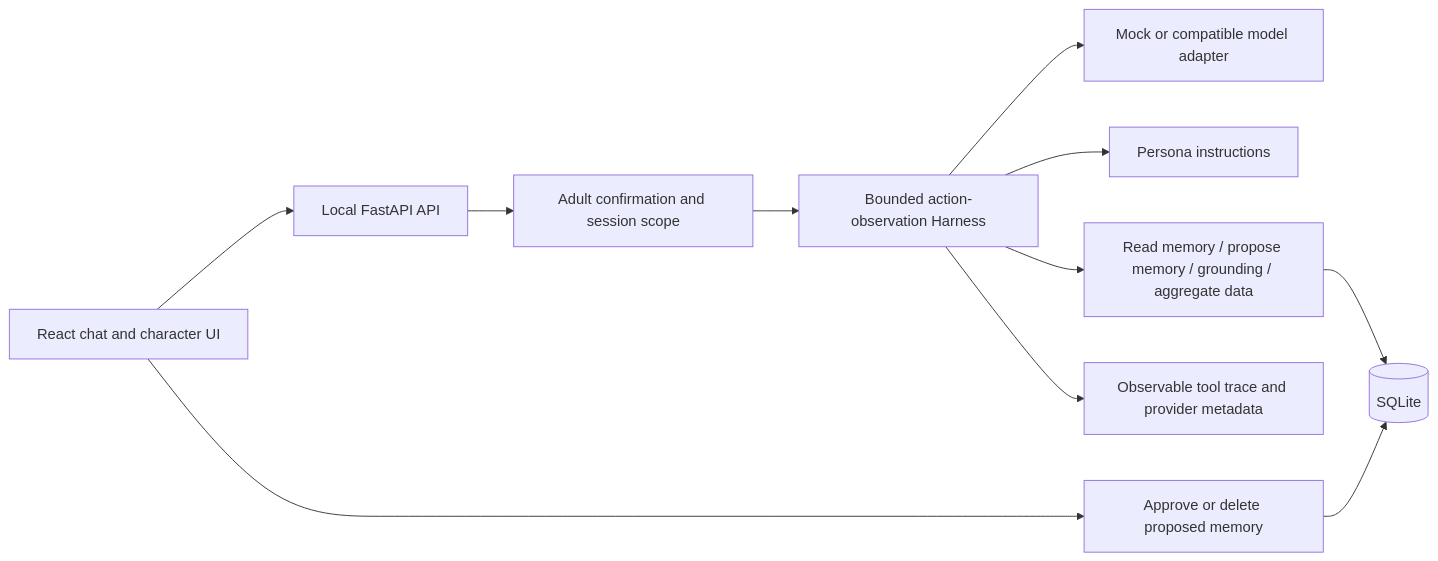
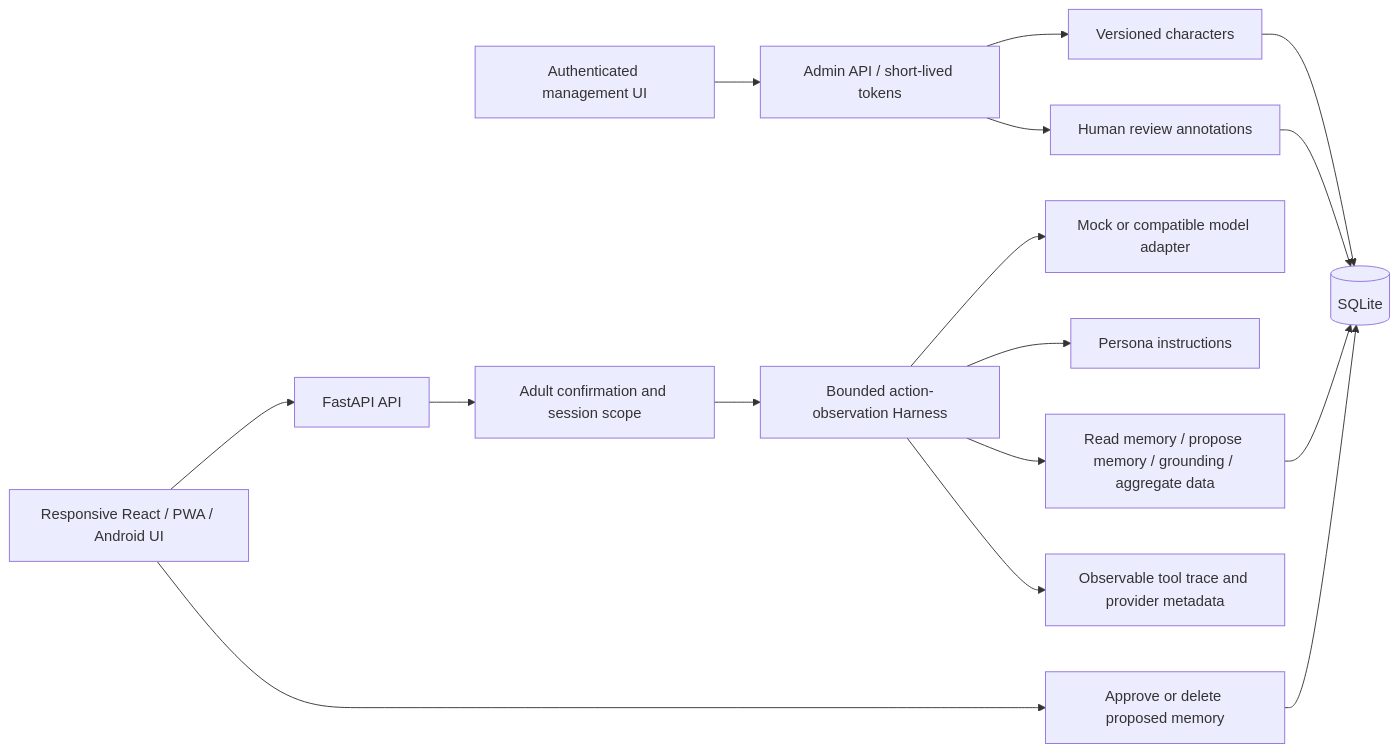
Before and after one commit to FOWEPJF255/harbor-companion: the diagram in docs/architecture.md, drawn with Mermaid. The commit also changed other lines of this file and 92 other files, not shown here.

Commit message:
Add mobile app shell and authenticated management console [skip ci]

````diff
--- a/docs/architecture.md
+++ b/docs/architecture.md
@@ -3,13 +3,18 @@
 ```mermaid
 flowchart LR
-  UI[React chat and character UI] --> API[Local FastAPI API]
+  UI[Responsive React / PWA / Android UI] --> API[FastAPI API]
+  Admin[Authenticated management UI] --> Management[Admin API / short-lived tokens]
+  Management --> Characters[Versioned characters]
+  Management --> Reviews[Human review annotations]
+  Characters --> DB
+  Reviews --> DB
   API --> Gate[Adult confirmation and session scope]
   Gate --> Loop[Bounded action-observation Harness]
   Loop --> Provider[Mock or compatible model adapter]
   Loop --> Skills[Persona instructions]
   Loop --> Tools[Read memory / propose memory / grounding / aggregate data]
   Tools --> DB[(SQLite)]
   UI --> Consent[Approve or delete proposed memory]
   Consent --> DB
   Loop --> Evidence[Observable tool trace and provider metadata]
 ```
````
